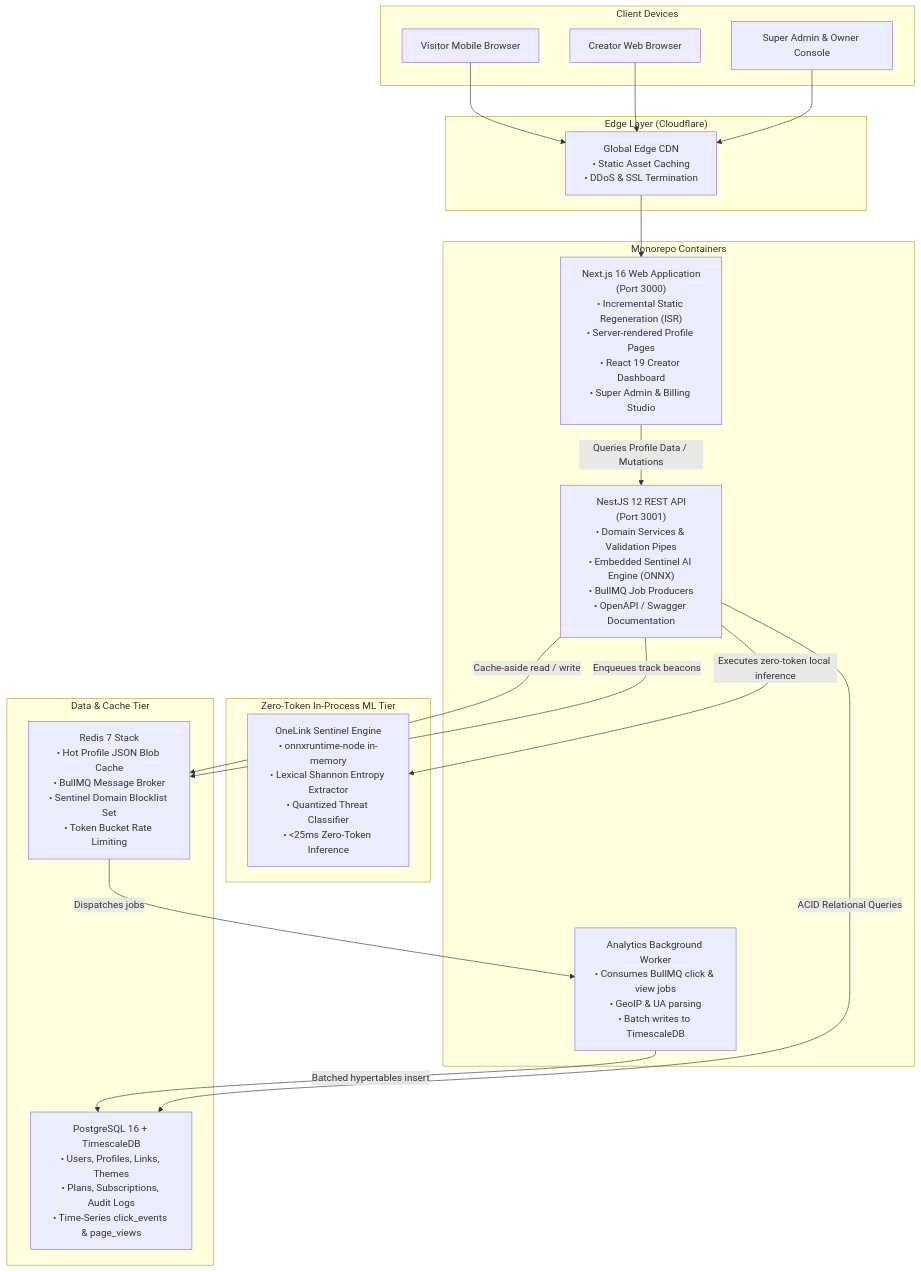
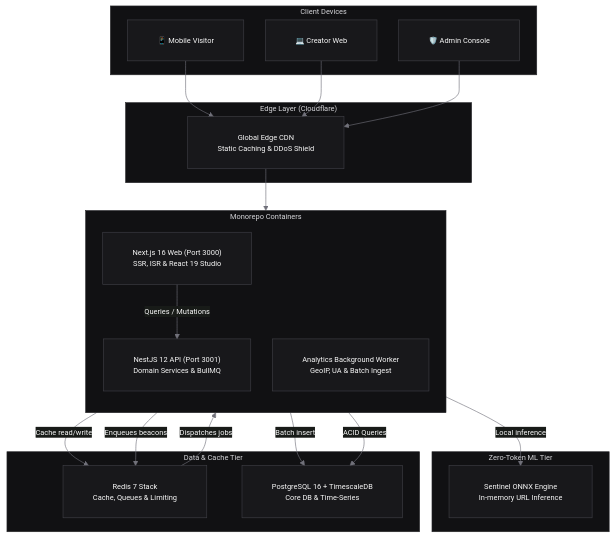
The second of 8 diagrams in docs/architecture/system-architecture.md (iamcristian/onelink-saas), drawn with Mermaid before and after one commit. The commit also changed other lines of this file and 122 other files, not shown here.

Commit message:
feat: complete OneLink production platform, SEO engine, branding, and multi-tenant infrastructure

````diff
--- a/docs/architecture/system-architecture.md
+++ b/docs/architecture/system-architecture.md
@@ -45,41 +74,59 @@
 ```mermaid
-graph TB
+%%{init: {
+  'theme': 'base',
+  'themeVariables': {
+    'primaryColor': '#18181b',
+    'primaryTextColor': '#fafafa',
+    'primaryBorderColor': '#3f3f46',
+    'lineColor': '#71717a',
+    'clusterBkg': '#111113',
+    'clusterBorder': '#27272a',
+    'fontSize': '12px'
+  },
+  'flowchart': {
+    'padding': 24,
+    'nodeSpacing': 35,
+    'rankSpacing': 45,
+    'htmlLabels': true
+  },
+  'themeCSS': 'foreignObject { overflow: visible !important; } .label foreignObject { overflow: visible !important; } .node foreignObject { overflow: visible !important; } .edgeLabel foreignObject { overflow: visible !important; }'
+}}%%
+flowchart TB
     subgraph Client["Client Devices"]
-        BROWSER_V["Visitor Mobile Browser"]
-        BROWSER_C["Creator Web Browser"]
-        BROWSER_A["Super Admin & Owner Console"]
+        BROWSER_V["📱 Mobile Visitor"]
+        BROWSER_C["💻 Creator Web"]
+        BROWSER_A["🛡️ Admin Console"]
     end
 
     subgraph Edge["Edge Layer (Cloudflare)"]
-        CDN["Global Edge CDN<br/>• Static Asset Caching<br/>• DDoS & SSL Termination"]
+        CDN["Global Edge CDN<br/>Static Caching & DDoS Shield"]
     end
 
     subgraph Containers["Monorepo Containers"]
-        WEB["Next.js 16 Web Application<br/>(Port 3000)<br/>• Incremental Static Regeneration (ISR)<br/>• Server-rendered Profile Pages<br/>• React 19 Creator Dashboard<br/>• Super Admin & Billing Studio"]
-        
-        API["NestJS 12 REST API<br/>(Port 3001)<br/>• Domain Services & Validation Pipes<br/>• Embedded Sentinel AI Engine (ONNX)<br/>• BullMQ Job Producers<br/>• OpenAPI / Swagger Documentation"]
-        
-        WORKER["Analytics Background Worker<br/>• Consumes BullMQ click & view jobs<br/>• GeoIP & UA parsing<br/>• Batch writes to TimescaleDB"]
+        direction TB
+        WEB["Next.js 16 Web (Port 3000)<br/>SSR, ISR & React 19 Studio"]
+        API["NestJS 12 API (Port 3001)<br/>Domain Services & BullMQ"]
+        WORKER["Analytics Background Worker<br/>GeoIP, UA & Batch Ingest"]
     end
 
-    subgraph EmbeddedAI["Zero-Token In-Process ML Tier"]
-        ONNX["OneLink Sentinel Engine<br/>• onnxruntime-node in-memory<br/>• Lexical Shannon Entropy Extractor<br/>• Quantized Threat Classifier<br/>• <25ms Zero-Token Inference"]
+    subgraph EmbeddedAI["Zero-Token ML Tier"]
+        ONNX["Sentinel ONNX Engine<br/>In-memory URL Inference"]
     end
 
     subgraph DataTier["Data & Cache Tier"]
-        REDIS["Redis 7 Stack<br/>• Hot Profile JSON Blob Cache<br/>• BullMQ Message Broker<br/>• Sentinel Domain Blocklist Set<br/>• Token Bucket Rate Limiting"]
-        PG["PostgreSQL 16 + TimescaleDB<br/>• Users, Profiles, Links, Themes<br/>• Plans, Subscriptions, Audit Logs<br/>• Time-Series click_events & page_views"]
+        REDIS["Redis 7 Stack<br/>Cache, Queues & Limiting"]
+        PG["PostgreSQL 16 + TimescaleDB<br/>Core DB & Time-Series"]
     end
 
     BROWSER_V --> CDN
     BROWSER_C --> CDN
     BROWSER_A --> CDN
     CDN --> WEB
-    WEB -->|"Queries Profile Data / Mutations"| API
-    API -->|"Executes zero-token local inference"| ONNX
-    API -->|"Cache-aside read / write"| REDIS
-    API -->|"Enqueues track beacons"| REDIS
+    WEB -->|"Queries / Mutations"| API
+    API -->|"Local inference"| ONNX
+    API -->|"Cache read/write"| REDIS
+    API -->|"Enqueues beacons"| REDIS
     REDIS -->|"Dispatches jobs"| WORKER
-    WORKER -->|"Batched hypertables insert"| PG
-    API -->|"ACID Relational Queries"| PG
+    WORKER -->|"Batch insert"| PG
+    API -->|"ACID Queries"| PG
 ```
````
